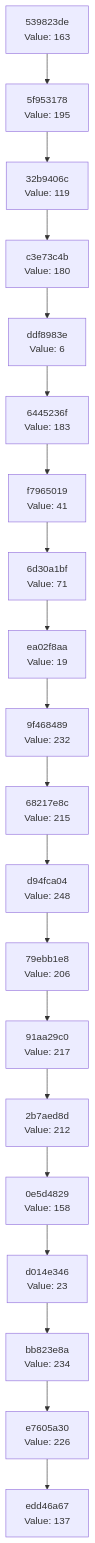
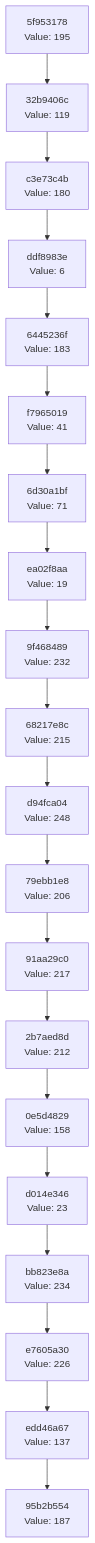
Before and after one commit to Abhisheksinha1506/hash-chain-evolver: the diagram in docs/CHAIN_VISUALIZATION.md, drawn with Mermaid. The commit also changed 2 other files, not shown here.

Commit message:
Evolution Step

````diff
--- a/docs/CHAIN_VISUALIZATION.md
+++ b/docs/CHAIN_VISUALIZATION.md
@@ -3,42 +3,42 @@
 ```mermaid
 graph TD
-    C0["edd46a67<br/>Value: 137"]
-    C1["e7605a30<br/>Value: 226"]
+    C0["95b2b554<br/>Value: 187"]
+    C1["edd46a67<br/>Value: 137"]
     C1 --> C0
-    C2["bb823e8a<br/>Value: 234"]
+    C2["e7605a30<br/>Value: 226"]
     C2 --> C1
-    C3["d014e346<br/>Value: 23"]
+    C3["bb823e8a<br/>Value: 234"]
     C3 --> C2
-    C4["0e5d4829<br/>Value: 158"]
+    C4["d014e346<br/>Value: 23"]
     C4 --> C3
-    C5["2b7aed8d<br/>Value: 212"]
+    C5["0e5d4829<br/>Value: 158"]
     C5 --> C4
-    C6["91aa29c0<br/>Value: 217"]
+    C6["2b7aed8d<br/>Value: 212"]
     C6 --> C5
-    C7["79ebb1e8<br/>Value: 206"]
+    C7["91aa29c0<br/>Value: 217"]
     C7 --> C6
-    C8["d94fca04<br/>Value: 248"]
+    C8["79ebb1e8<br/>Value: 206"]
     C8 --> C7
-    C9["68217e8c<br/>Value: 215"]
+    C9["d94fca04<br/>Value: 248"]
     C9 --> C8
-    C10["9f468489<br/>Value: 232"]
+    C10["68217e8c<br/>Value: 215"]
     C10 --> C9
-    C11["ea02f8aa<br/>Value: 19"]
+    C11["9f468489<br/>Value: 232"]
     C11 --> C10
-    C12["6d30a1bf<br/>Value: 71"]
+    C12["ea02f8aa<br/>Value: 19"]
     C12 --> C11
-    C13["f7965019<br/>Value: 41"]
+    C13["6d30a1bf<br/>Value: 71"]
     C13 --> C12
-    C14["6445236f<br/>Value: 183"]
+    C14["f7965019<br/>Value: 41"]
     C14 --> C13
-    C15["ddf8983e<br/>Value: 6"]
+    C15["6445236f<br/>Value: 183"]
     C15 --> C14
-    C16["c3e73c4b<br/>Value: 180"]
+    C16["ddf8983e<br/>Value: 6"]
     C16 --> C15
-    C17["32b9406c<br/>Value: 119"]
+    C17["c3e73c4b<br/>Value: 180"]
     C17 --> C16
-    C18["5f953178<br/>Value: 195"]
+    C18["32b9406c<br/>Value: 119"]
     C18 --> C17
-    C19["539823de<br/>Value: 163"]
+    C19["5f953178<br/>Value: 195"]
     C19 --> C18
 ```
````
